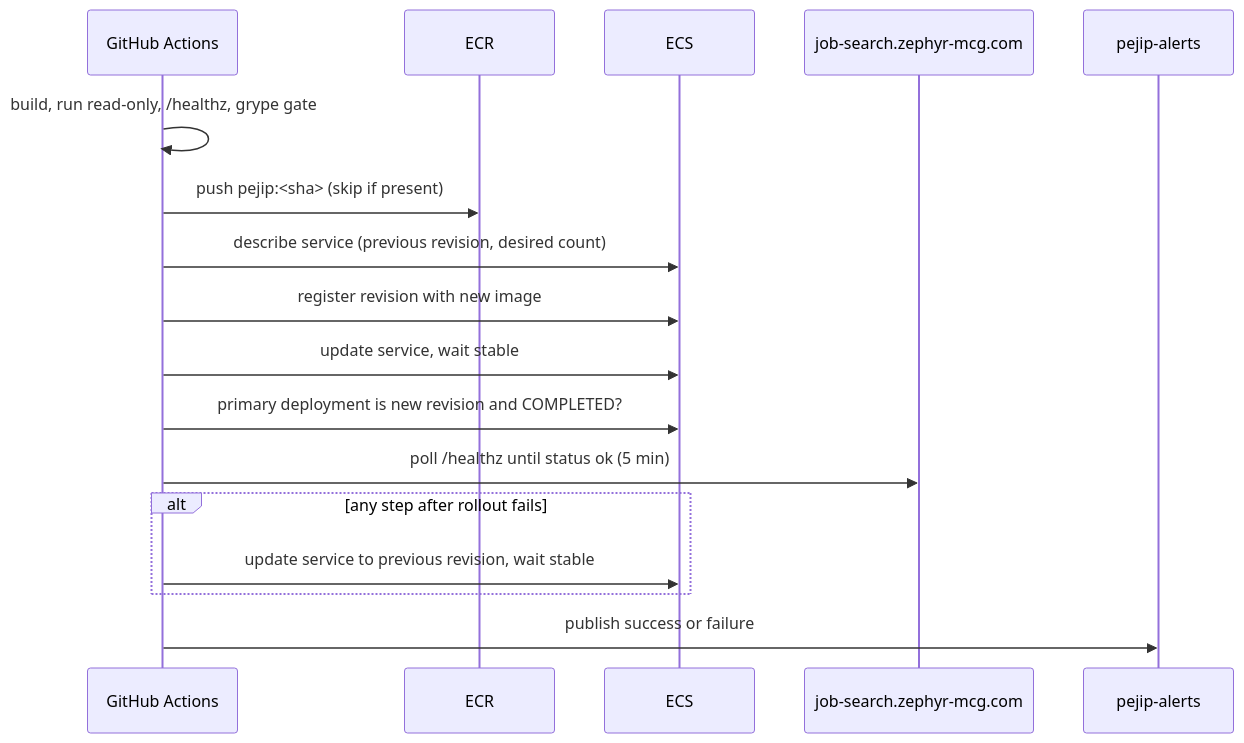
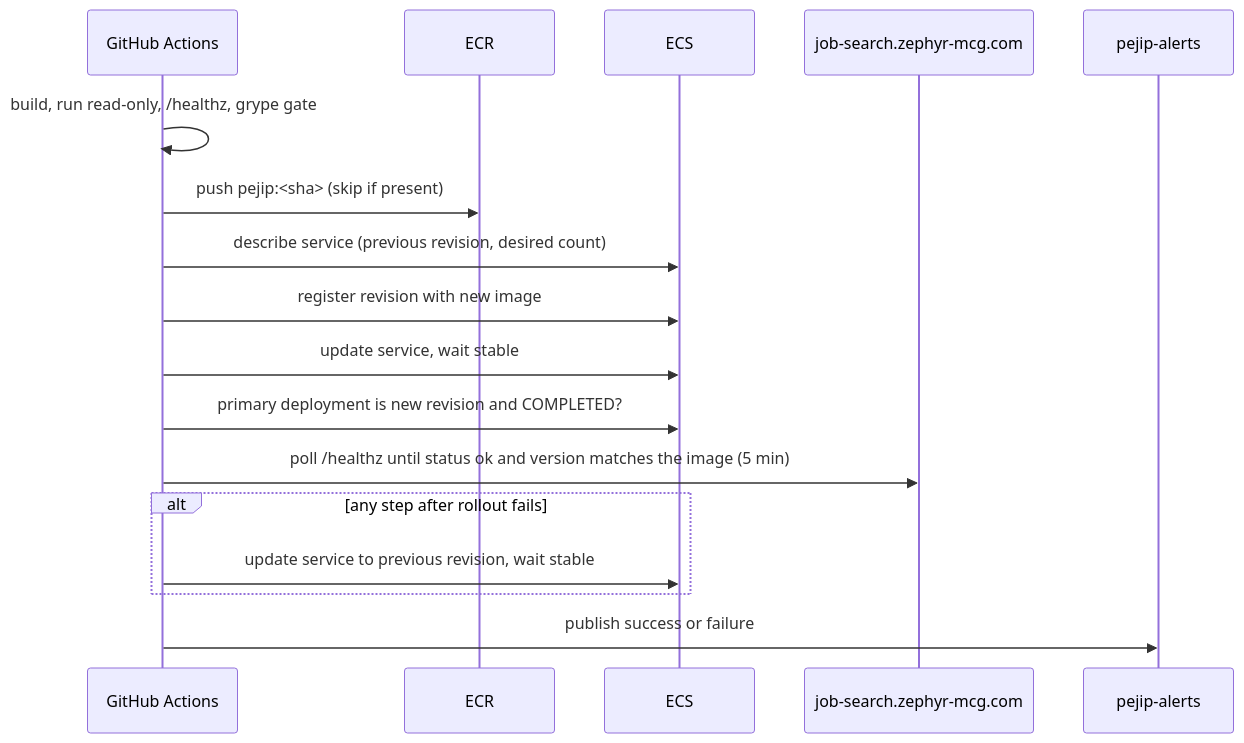
One commit to madduri-ops/PEJIP changed the second of 2 diagrams in docs/design/0005-app-hosting-and-deploy.md. Above: the diagram before and after it, drawn with Mermaid. The commit also changed other lines of this file and 1 other file, not shown here.

First line of the commit message:
Let the Deploy workflow redeploy an existing image for rollback

````diff
--- a/docs/design/0005-app-hosting-and-deploy.md
+++ b/docs/design/0005-app-hosting-and-deploy.md
@@ -39,19 +39,19 @@
 ```mermaid
 sequenceDiagram
     participant GH as GitHub Actions
     participant ECR
     participant ECS
     participant App as job-search.zephyr-mcg.com
     participant SNS as pejip-alerts
     GH->>GH: build, run read-only, /healthz, grype gate
     GH->>ECR: push pejip:<sha> (skip if present)
     GH->>ECS: describe service (previous revision, desired count)
     GH->>ECS: register revision with new image
     GH->>ECS: update service, wait stable
     GH->>ECS: primary deployment is new revision and COMPLETED?
-    GH->>App: poll /healthz until status ok (5 min)
+    GH->>App: poll /healthz until status ok and version matches the image (5 min)
     alt any step after rollout fails
         GH->>ECS: update service to previous revision, wait stable
     end
     GH->>SNS: publish success or failure
 ```
````
